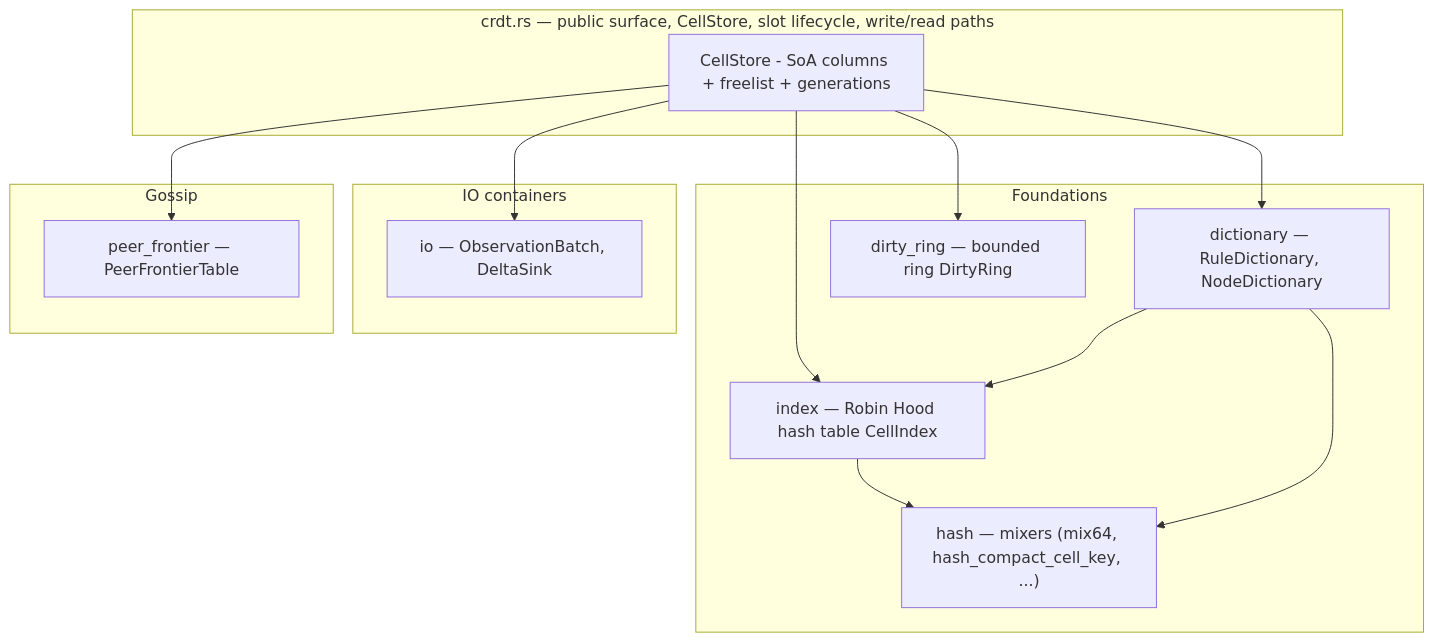
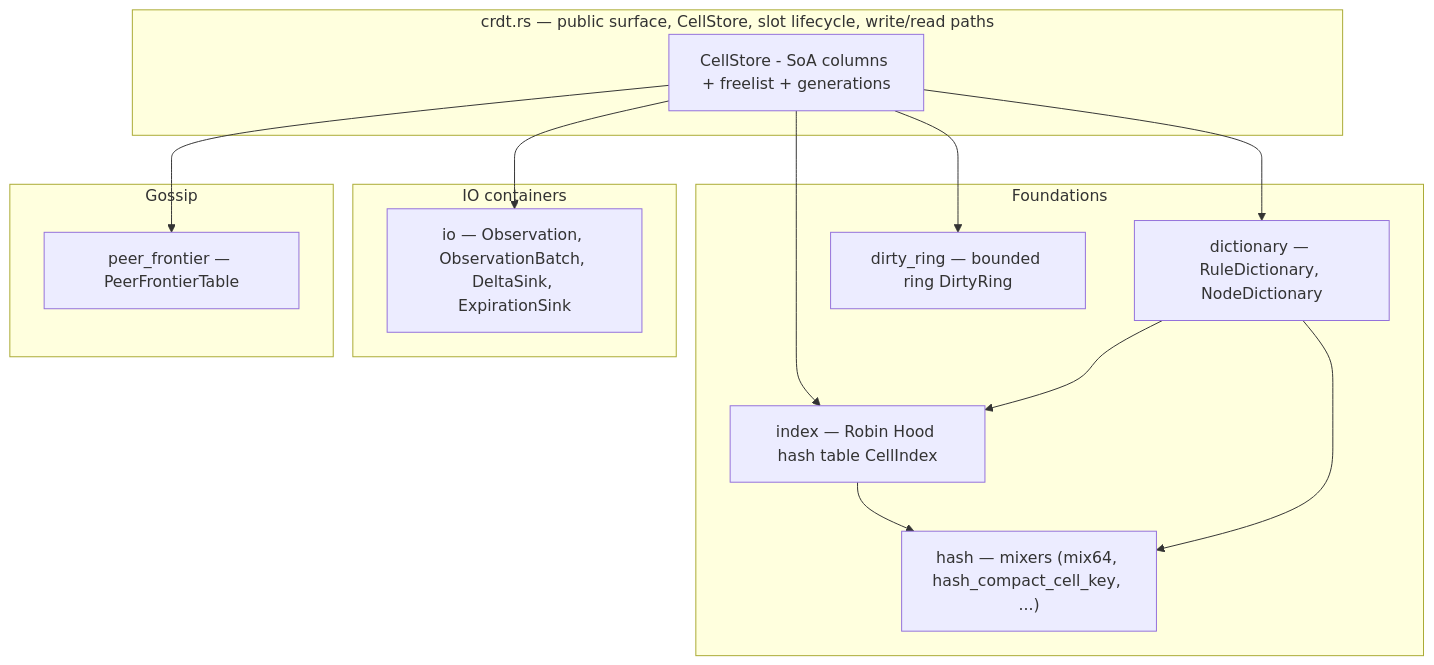
The first of 22 diagrams in crates/gabion/CRDT.md (prosody-events/gabion), drawn with Mermaid before and after one commit. The commit also changed other lines of this file and 7 other files, not shown here.

````diff
--- a/crates/gabion/CRDT.md
+++ b/crates/gabion/CRDT.md
@@ -73,30 +80,30 @@
 ```mermaid
 flowchart TB
     subgraph topmodule["crdt.rs — public surface, CellStore, slot lifecycle, write/read paths"]
         CS[CellStore - SoA columns + freelist + generations]
     end
 
     subgraph foundations["Foundations"]
         H["hash — mixers (mix64, hash_compact_cell_key, ...)"]
         D["dictionary — RuleDictionary, NodeDictionary"]
         I["index — Robin Hood hash table CellIndex"]
         DR["dirty_ring — bounded ring DirtyRing"]
     end
 
     subgraph iolayer["IO containers"]
-        IO["io — ObservationBatch, DeltaSink"]
+        IO["io — Observation, ObservationBatch, DeltaSink, ExpirationSink"]
     end
 
     subgraph gossip["Gossip"]
         PF["peer_frontier — PeerFrontierTable"]
     end
 
     CS --> D
     CS --> I
     I --> H
     D --> H
     D --> I
     CS --> DR
     CS --> IO
     CS --> PF
 ```
````
